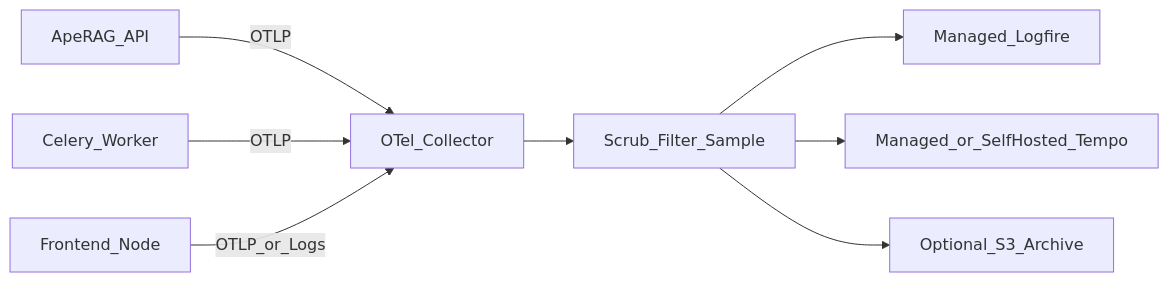
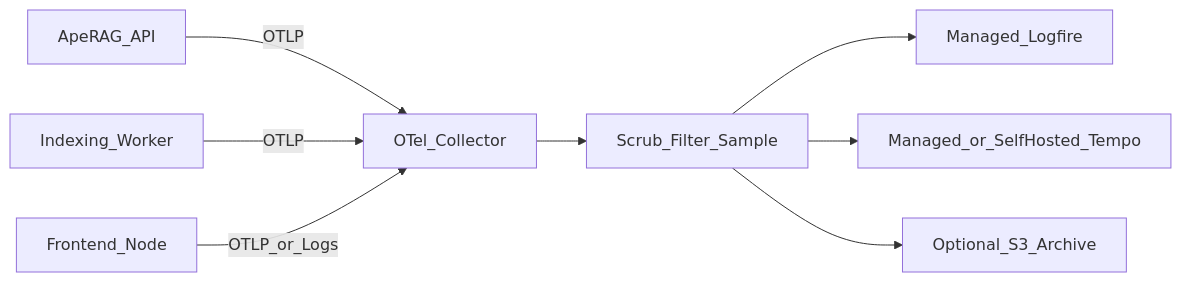
Before and after one commit to apecloud/ApeRAG: the second of 3 diagrams in docs/zh-CN/deployment/observability.md, drawn with Mermaid. The commit also changed other lines of this file and 2 other files, not shown here.

Commit message:
docs: align architecture observability with indexing worker

````diff
--- a/docs/zh-CN/deployment/observability.md
+++ b/docs/zh-CN/deployment/observability.md
@@ -100,10 +100,10 @@
 ```mermaid
 flowchart LR
   api[ApeRAG_API] -->|"OTLP"| collector[OTel_Collector]
-  worker[Celery_Worker] -->|"OTLP"| collector
+  worker[Indexing_Worker] -->|"OTLP"| collector
   frontend[Frontend_Node] -->|"OTLP_or_Logs"| collector
   collector --> scrub[Scrub_Filter_Sample]
   scrub --> logfire[Managed_Logfire]
   scrub --> tempo[Managed_or_SelfHosted_Tempo]
   scrub --> s3[Optional_S3_Archive]
 ```
````
